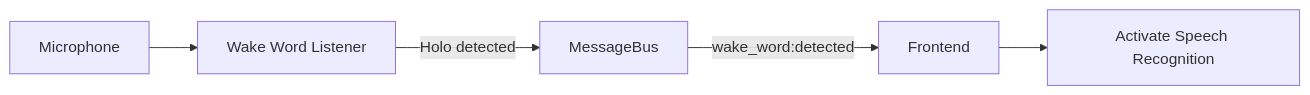
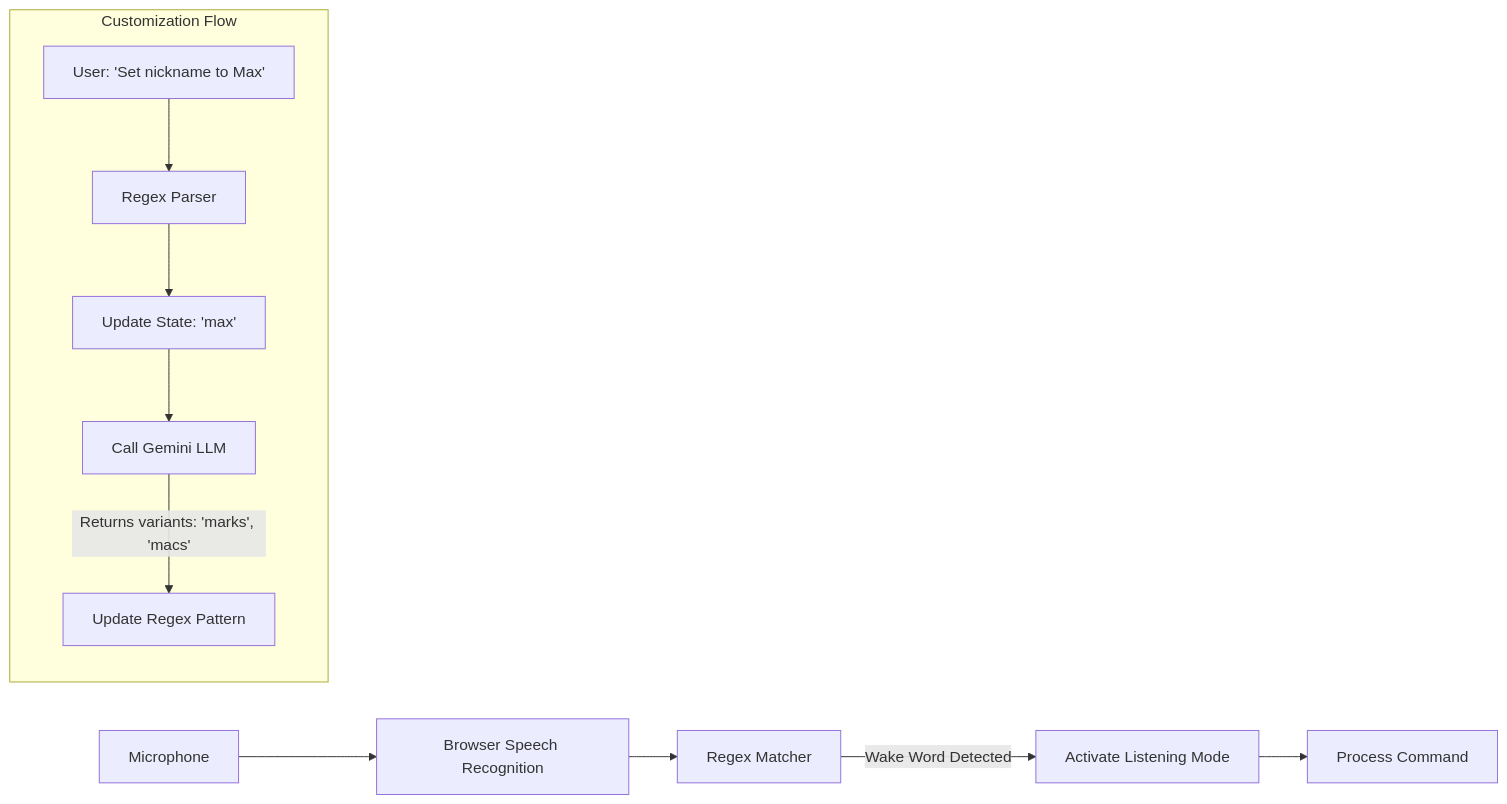
Before and after one commit to merihilgor/voiceos: the diagram in docs/implementation/wake_word_walkthrough.md, drawn with Mermaid. The commit also changed other lines of this file and 12 other files, not shown here.

Commit message:
Customizable Wake Word

````diff
--- a/docs/implementation/wake_word_walkthrough.md
+++ b/docs/implementation/wake_word_walkthrough.md
@@ -61,7 +41,14 @@
 ```mermaid
 flowchart LR
-    A[Microphone] --> B[Wake Word Listener]
-    B -->|Holo detected| C[MessageBus]
-    C -->|wake_word:detected| D[Frontend]
-    D --> E[Activate Speech Recognition]
+    A[Microphone] --> B[Browser Speech Recognition]
+    B --> C[Regex Matcher]
+    C -->|Wake Word Detected| D[Activate Listening Mode]
+    D --> E[Process Command]
+    
+    subgraph "Customization Flow"
+    F[User: 'Set nickname to Max'] --> G[Regex Parser]
+    G --> H[Update State: 'max']
+    H --> I[Call Gemini LLM]
+    I -->|Returns variants: 'marks', 'macs'| J[Update Regex Pattern]
+    end
 ```
````
